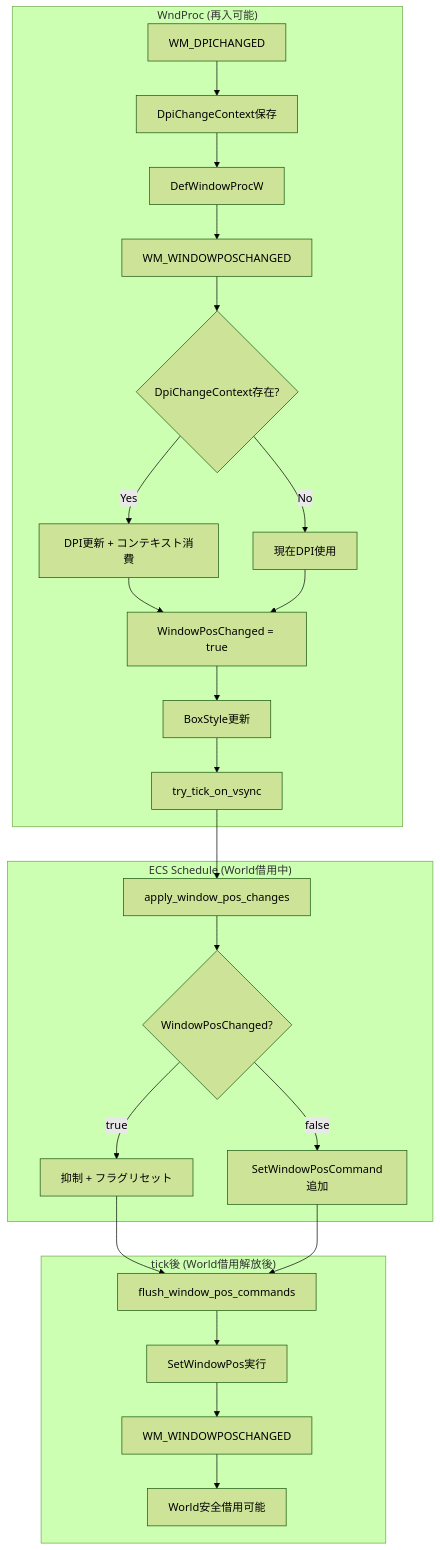
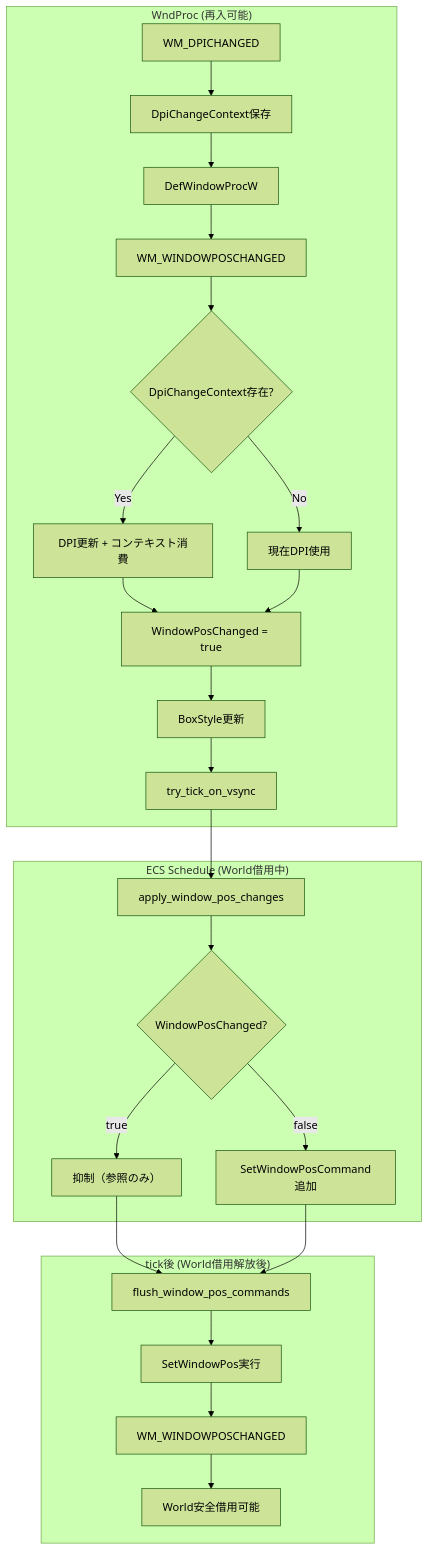
The first of 3 diagrams in .kiro/specs/multimonitor-resize-flicker/design.md (ekicyou/dcomp_sample-rs), drawn with Mermaid (forest theme) before and after one commit. The commit also changed other lines of this file and 1 other file, not shown here.

````diff
--- a/.kiro/specs/multimonitor-resize-flicker/design.md
+++ b/.kiro/specs/multimonitor-resize-flicker/design.md
@@ -47,37 +47,37 @@
 ```mermaid
 flowchart TB
     subgraph WndProc["WndProc (再入可能)"]
         DPI_MSG[WM_DPICHANGED]
         POS_MSG[WM_WINDOWPOSCHANGED]
         
         DPI_MSG --> SAVE_CTX[DpiChangeContext保存]
         SAVE_CTX --> DEF_PROC[DefWindowProcW]
         DEF_PROC --> POS_MSG
         
         POS_MSG --> CONSUME_CTX{DpiChangeContext存在?}
         CONSUME_CTX -->|Yes| UPDATE_DPI[DPI更新 + コンテキスト消費]
         CONSUME_CTX -->|No| USE_CURRENT[現在DPI使用]
         UPDATE_DPI --> SET_FLAG[WindowPosChanged = true]
         USE_CURRENT --> SET_FLAG
         SET_FLAG --> UPDATE_BOX[BoxStyle更新]
         UPDATE_BOX --> VSYNC_TICK[try_tick_on_vsync]
     end
     
     subgraph ECS["ECS Schedule (World借用中)"]
         APPLY[apply_window_pos_changes]
         APPLY --> CHECK_FLAG{WindowPosChanged?}
-        CHECK_FLAG -->|true| SKIP[抑制 + フラグリセット]
+        CHECK_FLAG -->|true| SKIP[抑制（参照のみ）]
         CHECK_FLAG -->|false| QUEUE[SetWindowPosCommand追加]
     end
     
     subgraph PostTick["tick後 (World借用解放後)"]
         FLUSH[flush_window_pos_commands]
         FLUSH --> EXEC_SWP[SetWindowPos実行]
         EXEC_SWP --> NEW_POS[WM_WINDOWPOSCHANGED]
         NEW_POS --> SAFE_BORROW[World安全借用可能]
     end
     
     VSYNC_TICK --> APPLY
     SKIP --> FLUSH
     QUEUE --> FLUSH
 ```
````
